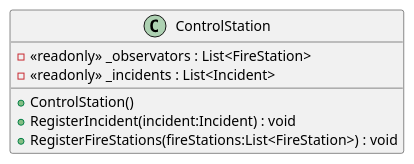
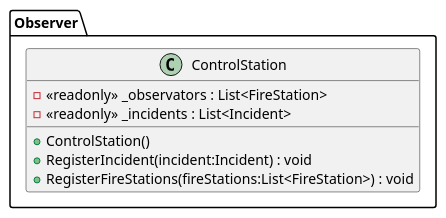
Before and after one commit to john-bartu/cut-oot: the diagram in TO_Lab_5/puml-classes/ControlStation.puml, drawn with PlantUML. The commit also changed 10 other files, not shown here.

Commit message:
Another better uml

```diff
--- a/TO_Lab_5/puml-classes/ControlStation.puml
+++ b/TO_Lab_5/puml-classes/ControlStation.puml
@@ -1,9 +1,12 @@
 @startuml
+
+package Observer{
 class ControlStation {
     - <<readonly>> _observators : List<FireStation>
     - <<readonly>> _incidents : List<Incident>
     + ControlStation()
     + RegisterIncident(incident:Incident) : void
     + RegisterFireStations(fireStations:List<FireStation>) : void
 }
+}
 @enduml
```
